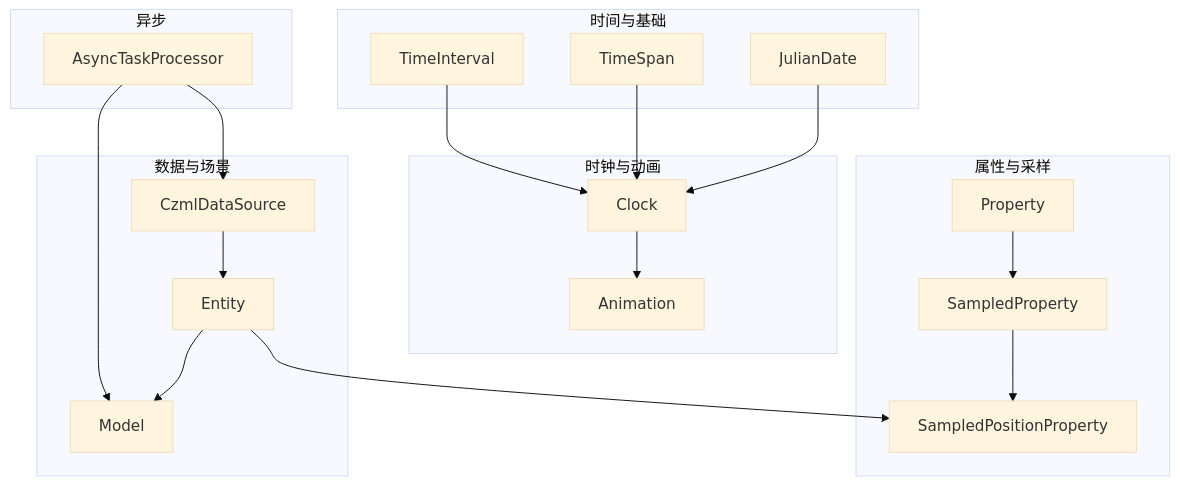
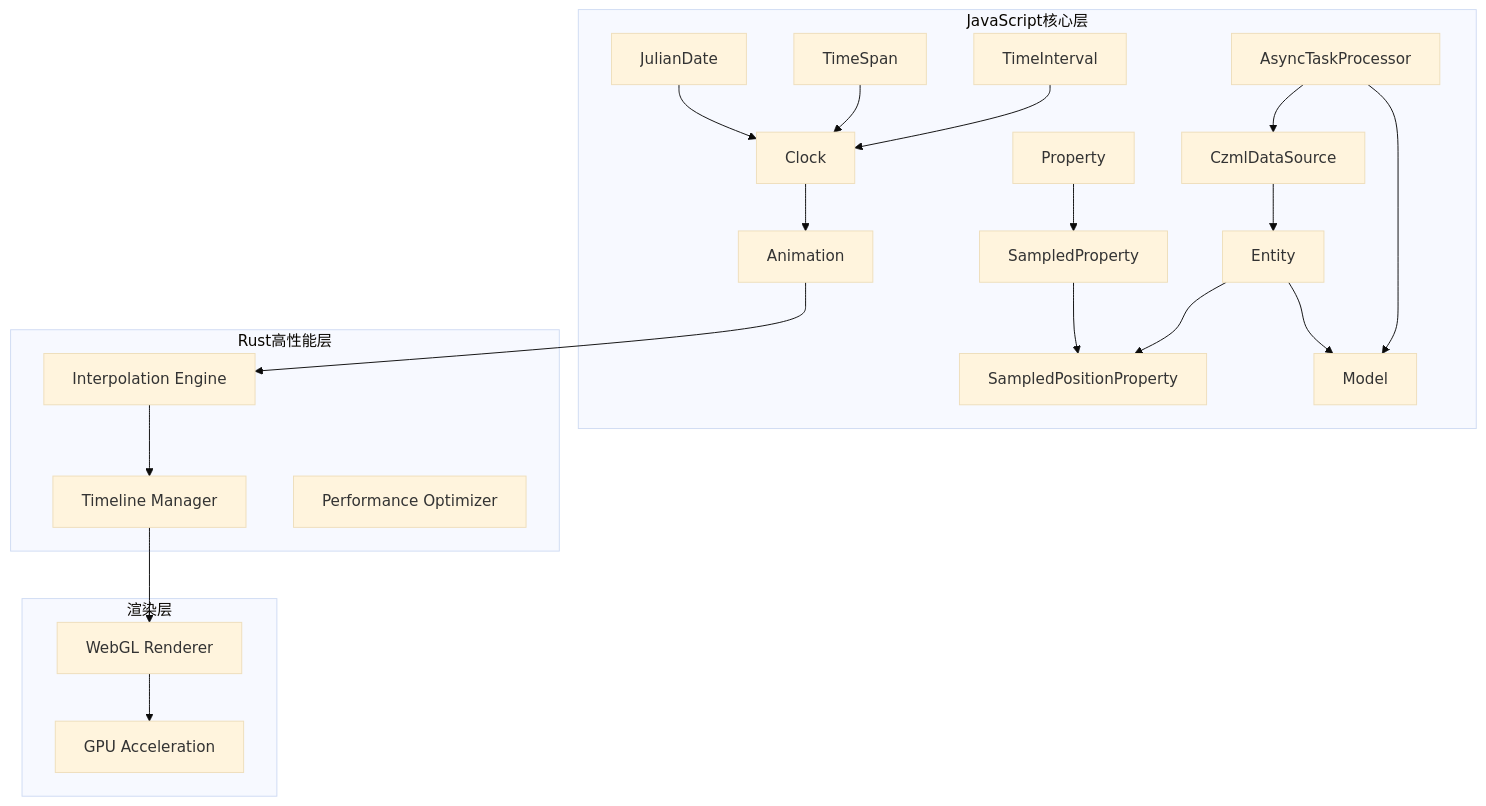
Before and after one commit to rzhangjing/cesium: the first of 13 diagrams in .qoder/repowiki/zh/content/项目概述/核心特性/动画与时间系统.md, drawn with Mermaid (base theme). The commit also changed other lines of this file and 60 other files, not shown here.

````diff
--- a/.qoder/repowiki/zh/content/项目概述/核心特性/动画与时间系统.md
+++ b/.qoder/repowiki/zh/content/项目概述/核心特性/动画与时间系统.md
@@ -50,36 +68,41 @@
 ```mermaid
 graph TB
-subgraph "时间与基础"
+subgraph "JavaScript核心层"
 JD["JulianDate"]
 TS["TimeSpan"]
 TI["TimeInterval"]
-end
-subgraph "时钟与动画"
 CLK["Clock"]
 ANM["Animation"]
-end
-subgraph "属性与采样"
 PROP["Property"]
 SP["SampledProperty"]
 SPP["SampledPositionProperty"]
-end
-subgraph "数据与场景"
 CZML["CzmlDataSource"]
 ENT["Entity"]
 MDL["Model"]
+ATP["AsyncTaskProcessor"]
 end
-subgraph "异步"
-ATP["AsyncTaskProcessor"]
+subgraph "Rust高性能层"
+INT["Interpolation Engine"]
+TL["Timeline Manager"]
+PERF["Performance Optimizer"]
+end
+subgraph "渲染层"
+RENDER["WebGL Renderer"]
+GPU["GPU Acceleration"]
 end
 JD --> CLK
 TS --> CLK
 TI --> CLK
 CLK --> ANM
 PROP --> SP
 SP --> SPP
 CZML --> ENT
 ENT --> SPP
 ENT --> MDL
 ATP --> CZML
 ATP --> MDL
+ANM --> INT
+INT --> TL
+TL --> RENDER
+RENDER --> GPU
 ```
````
